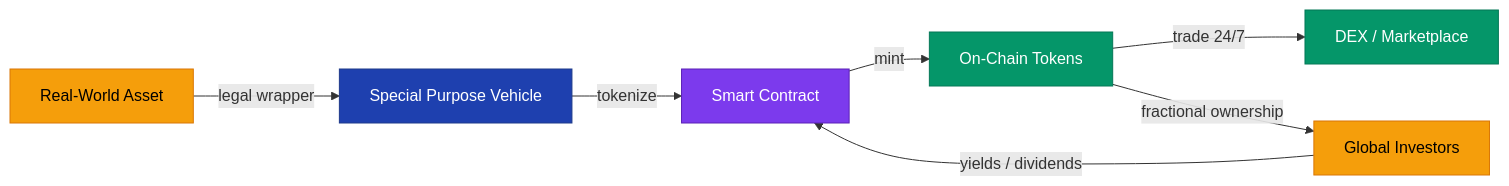
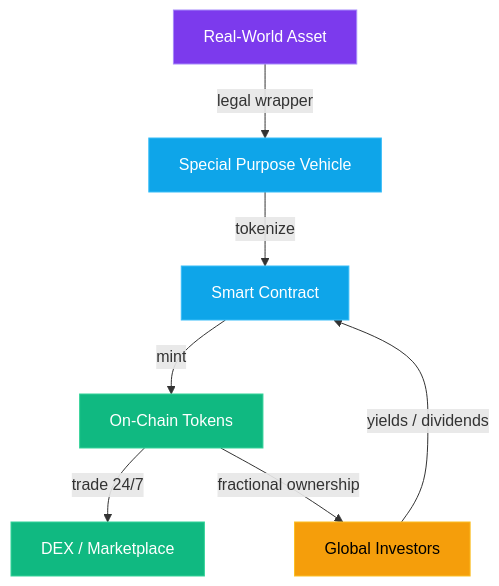
Before and after one commit to jestersimpps/cv: the diagram in content/blog/crypto-unlocked-17-real-world-applications.mdx, drawn with Mermaid. The commit also changed 12 other files, not shown here.

Commit message:
fix(blog): convert all mermaid diagrams to vertical (TD) for mobile readability, dark theme component

````diff
--- a/content/blog/crypto-unlocked-17-real-world-applications.mdx
+++ b/content/blog/crypto-unlocked-17-real-world-applications.mdx
@@ -34,16 +34,16 @@
 ```mermaid
-graph LR
+graph TD
     RA[Real-World Asset] -->|legal wrapper| SPV[Special Purpose Vehicle]
     SPV -->|tokenize| SC[Smart Contract]
     SC -->|mint| TK[On-Chain Tokens]
     TK -->|trade 24/7| DEX[DEX / Marketplace]
     TK -->|fractional ownership| INV[Global Investors]
     INV -->|yields / dividends| SC
 
-    style RA fill:#f59e0b,stroke:#d97706,color:#000
-    style SPV fill:#1e40af,stroke:#1e3a8a,color:#fff
-    style SC fill:#7c3aed,stroke:#5b21b6,color:#fff
-    style TK fill:#059669,stroke:#047857,color:#fff
-    style DEX fill:#059669,stroke:#047857,color:#fff
-    style INV fill:#f59e0b,stroke:#d97706,color:#000
+    style RA fill:#7c3aed,stroke:#a78bfa,color:#fff
+    style SPV fill:#0ea5e9,stroke:#38bdf8,color:#fff
+    style SC fill:#0ea5e9,stroke:#38bdf8,color:#fff
+    style TK fill:#10b981,stroke:#34d399,color:#fff
+    style DEX fill:#10b981,stroke:#34d399,color:#fff
+    style INV fill:#f59e0b,stroke:#fbbf24,color:#000
 ```
````
